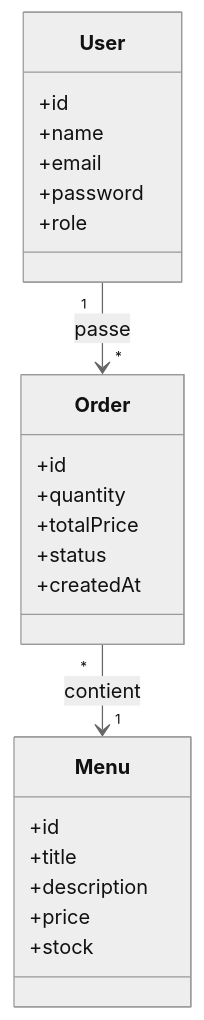
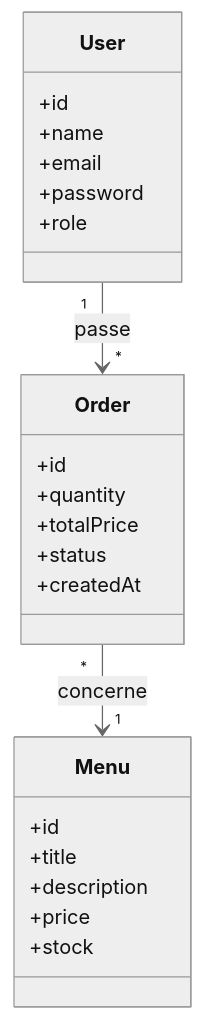
The diagram in docs/02-Diagrammes/02-diagramme-classes.md (BenjaminBernade/vite-et-gourmand), drawn with Mermaid (neutral theme) before and after one commit. The commit also changed other lines of this file and 23 other files, not shown here.

````diff
--- a/docs/02-Diagrammes/02-diagramme-classes.md
+++ b/docs/02-Diagrammes/02-diagramme-classes.md
@@ -5,31 +5,31 @@
 ```mermaid
 classDiagram
 
 class User {
     +id
     +name
     +email
     +password
     +role
 }
 
 class Menu {
     +id
     +title
     +description
     +price
     +stock
 }
 
 class Order {
     +id
     +quantity
     +totalPrice
     +status
     +createdAt
 }
 
 User "1" --> "*" Order : passe
 
-Order "*" --> "1" Menu : contient
+Order "*" --> "1" Menu : concerne
 ```
````
